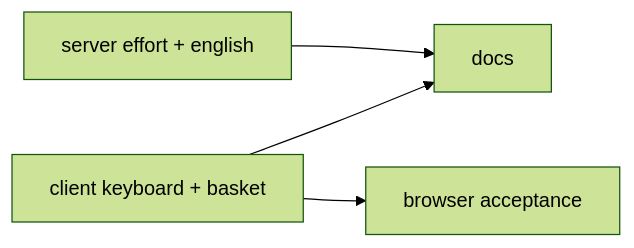
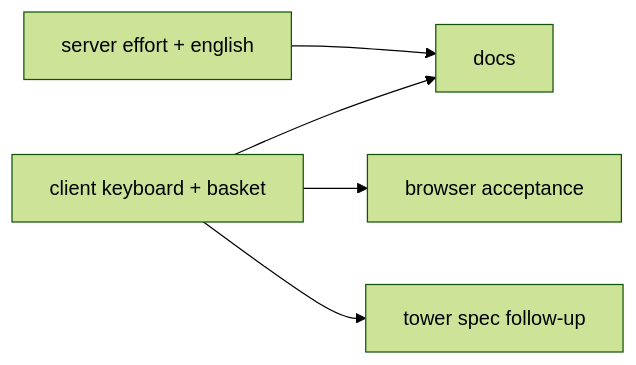
Before and after one commit to williambrach/AgentVerse: the second of 3 diagrams in docs/plans/2026-10-29-override-tuneups.md, drawn with Mermaid (forest theme). The commit also changed other lines of this file, not shown here.

Commit message:
docs(override): tune-ups plan, T5 tower spec follow-up

````diff
--- a/docs/plans/2026-10-29-override-tuneups.md
+++ b/docs/plans/2026-10-29-override-tuneups.md
@@ -37,12 +37,14 @@
 ```mermaid
 flowchart LR
   T1[server effort + english]
   T2[client keyboard + basket]
   T3[browser acceptance]
   T4[docs]
+  T5[tower spec follow-up]
   %% taskgraph
   T1
   T2 --> T3
   T1 --> T4
   T2 --> T4
+  T2 --> T5
 ```
````
